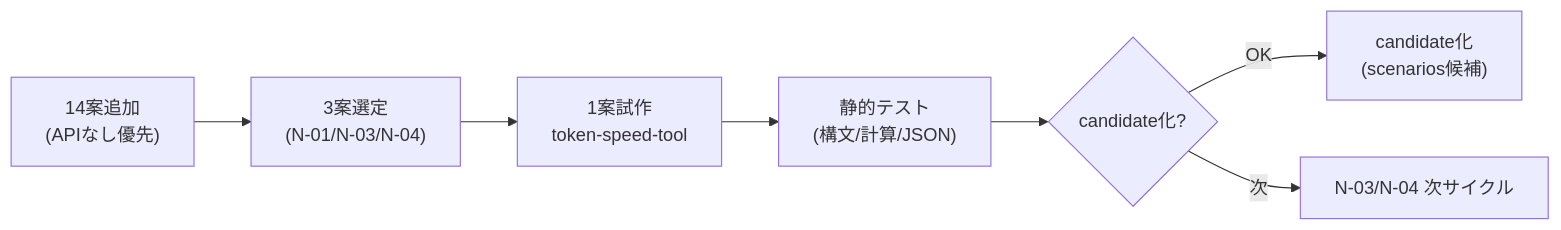
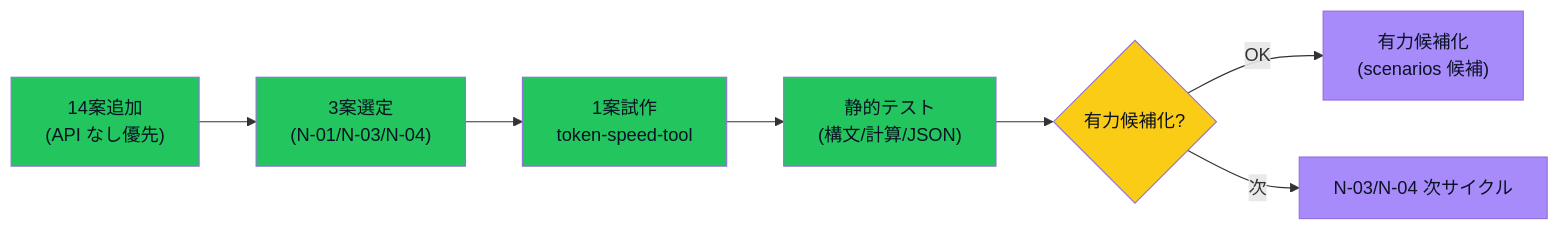
Before and after one commit to kaeru07/vault: the diagram in 05_monetization/試作ループ検証.md, drawn with Mermaid. The commit also changed other lines of this file and 5 other files, not shown here.

First line of the commit message:
vloop5: Vault 蓄積運用ルール残作業 #69 残ページ日本語化 + #68 Mermaid 反映拡大

````diff
--- a/05_monetization/試作ループ検証.md
+++ b/05_monetization/試作ループ検証.md
@@ -149,9 +152,13 @@
 ```mermaid
 flowchart LR
-  Add["14案追加<br/>(APIなし優先)"] --> Pick["3案選定<br/>(N-01/N-03/N-04)"]
-  Pick --> Proto["1案試作<br/>token-speed-tool"]
-  Proto --> Test["静的テスト<br/>(構文/計算/JSON)"]
-  Test --> Judge{"candidate化?"}
-  Judge -->|"OK"| Yes["candidate化<br/>(scenarios候補)"]
-  Judge -->|"次"| Next["N-03/N-04 次サイクル"]
+  Add["14案追加<br/>(API なし優先)"]:::done --> Pick["3案選定<br/>(N-01/N-03/N-04)"]:::done
+  Pick --> Proto["1案試作<br/>token-speed-tool"]:::done
+  Proto --> Test["静的テスト<br/>(構文/計算/JSON)"]:::done
+  Test --> Judge{"有力候補化?"}:::user
+  Judge -->|"OK"| Yes["有力候補化<br/>(scenarios 候補)"]:::next
+  Judge -->|"次"| NextR["N-03/N-04 次サイクル"]:::next
+
+  classDef done fill:#22c55e,color:#0b1224
+  classDef user fill:#facc15,color:#0b1224
+  classDef next fill:#a78bfa,color:#0b1224
 ```
````
